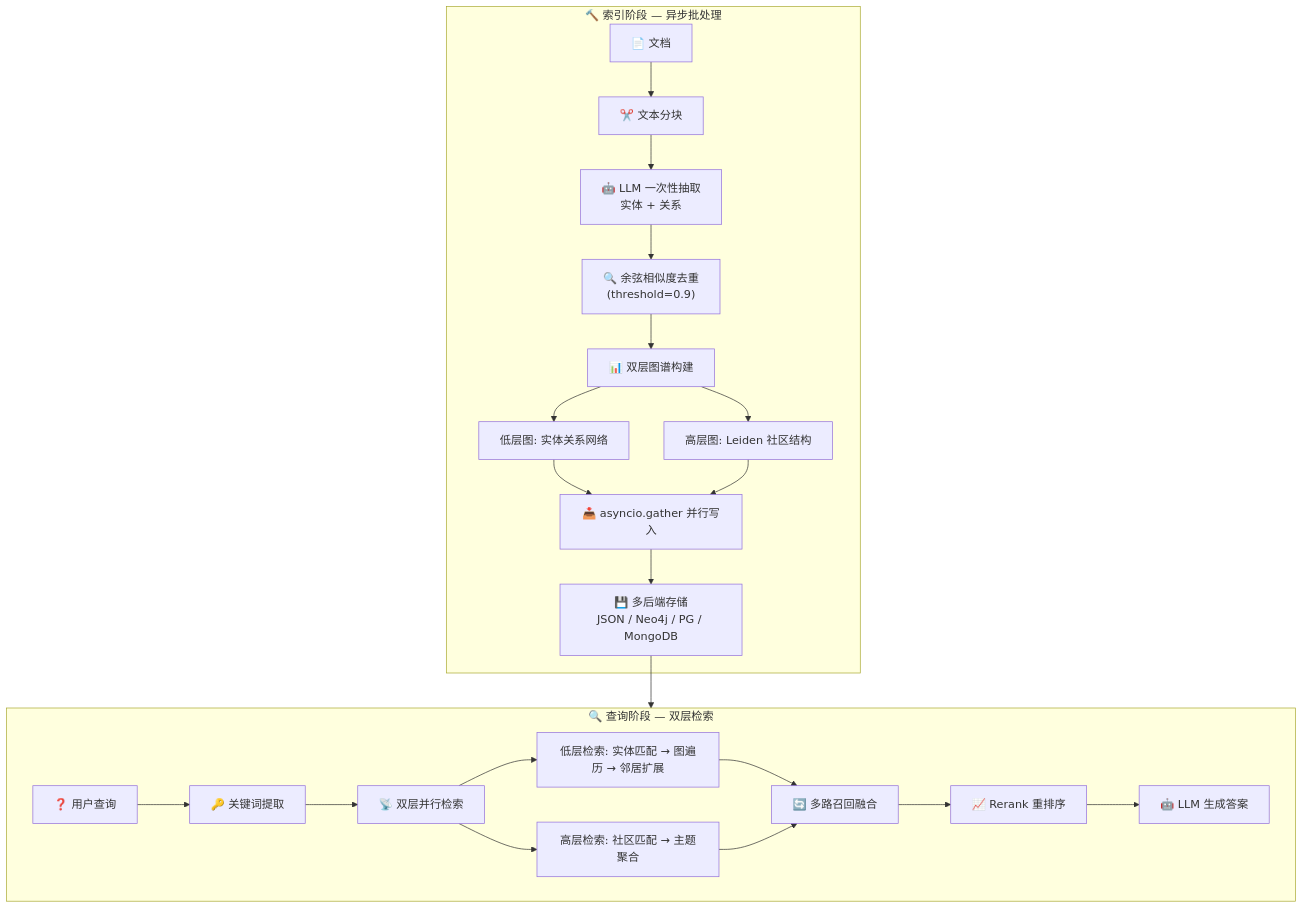
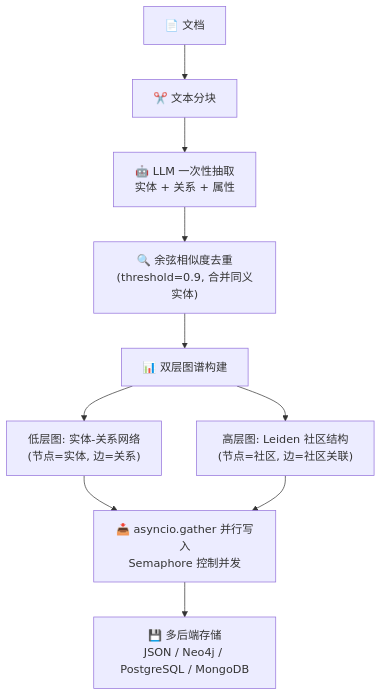
Before and after one commit to amoihans/amoihans.github.io: the sixth of 15 diagrams in src/content/posts/graphrag-vs-lightrag.md, drawn with Mermaid. The commit also changed other lines of this file, not shown here.

Commit message:
refactor: split core architecture diagrams into separate index/query phases

````diff
--- a/src/content/posts/graphrag-vs-lightrag.md
+++ b/src/content/posts/graphrag-vs-lightrag.md
@@ -149,27 +154,12 @@
 ```mermaid
 flowchart TB
-    subgraph Index["🔨 索引阶段 — 异步批处理"]
-        A["📄 文档"] --> B["✂️ 文本分块"]
-        B --> C["🤖 LLM 一次性抽取<br/>实体 + 关系"]
-        C --> D["🔍 余弦相似度去重<br/>(threshold=0.9)"]
-        D --> E["📊 双层图谱构建"]
-        E --> E1["低层图: 实体关系网络"]
-        E --> E2["高层图: Leiden 社区结构"]
-        E1 --> F["📥 asyncio.gather 并行写入"]
-        E2 --> F
-        F --> G["💾 多后端存储<br/>JSON / Neo4j / PG / MongoDB"]
-    end
-
-    subgraph Query["🔍 查询阶段 — 双层检索"]
-        H["❓ 用户查询"] --> I["🔑 关键词提取"]
-        I --> J["📡 双层并行检索"]
-        J --> J1["低层检索: 实体匹配 → 图遍历 → 邻居扩展"]
-        J --> J2["高层检索: 社区匹配 → 主题聚合"]
-        J1 --> K["🔄 多路召回融合"]
-        J2 --> K
-        K --> L["📈 Rerank 重排序"]
-        L --> M["🤖 LLM 生成答案"]
-    end
-
-    G --> Query
+    A["📄 文档"] --> B["✂️ 文本分块"]
+    B --> C["🤖 LLM 一次性抽取<br/>实体 + 关系 + 属性"]
+    C --> D["🔍 余弦相似度去重<br/>(threshold=0.9, 合并同义实体)"]
+    D --> E["📊 双层图谱构建"]
+    E --> E1["低层图: 实体-关系网络<br/>(节点=实体, 边=关系)"]
+    E --> E2["高层图: Leiden 社区结构<br/>(节点=社区, 边=社区关联)"]
+    E1 --> F["📥 asyncio.gather 并行写入<br/>Semaphore 控制并发"]
+    E2 --> F
+    F --> G["💾 多后端存储<br/>JSON / Neo4j / PostgreSQL / MongoDB"]
 ```
````
